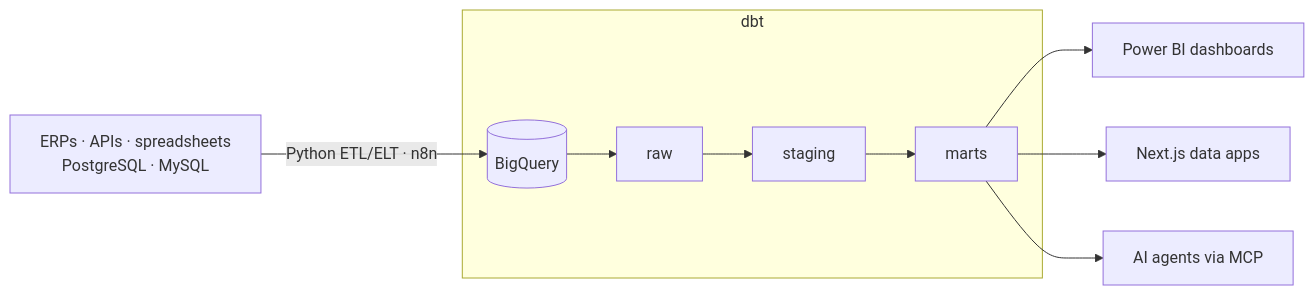
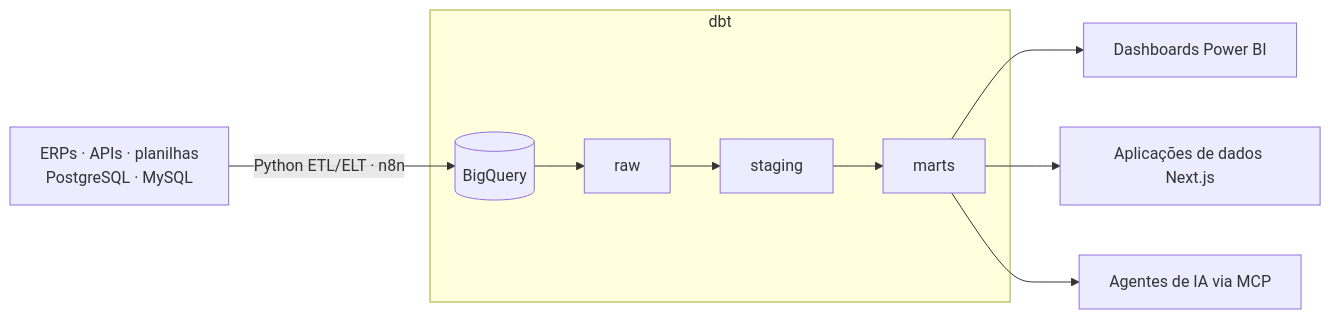
One commit to eduardohaas/eduardohaas changed the diagram in README.md. Above: the diagram before and after it, drawn with Mermaid. The commit also changed other lines of this file, not shown here.

````diff
--- a/README.md
+++ b/README.md
@@ -15,10 +15,10 @@
 ```mermaid
 flowchart LR
-    A[ERPs · APIs · spreadsheets<br/>PostgreSQL · MySQL] -->|Python ETL/ELT · n8n| B[(BigQuery)]
+    A[ERPs · APIs · planilhas<br/>PostgreSQL · MySQL] -->|Python ETL/ELT · n8n| B[(BigQuery)]
     subgraph dbt
       B --> C[raw] --> D[staging] --> E[marts]
     end
-    E --> F[Power BI dashboards]
-    E --> G[Next.js data apps]
-    E --> H[AI agents via MCP]
+    E --> F[Dashboards Power BI]
+    E --> G[Aplicações de dados Next.js]
+    E --> H[Agentes de IA via MCP]
 ```
````
